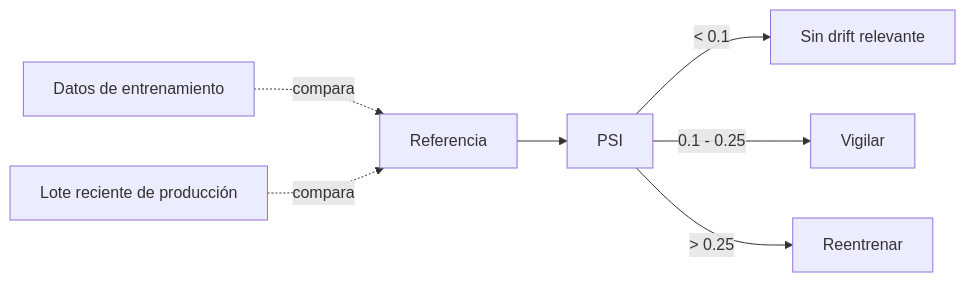
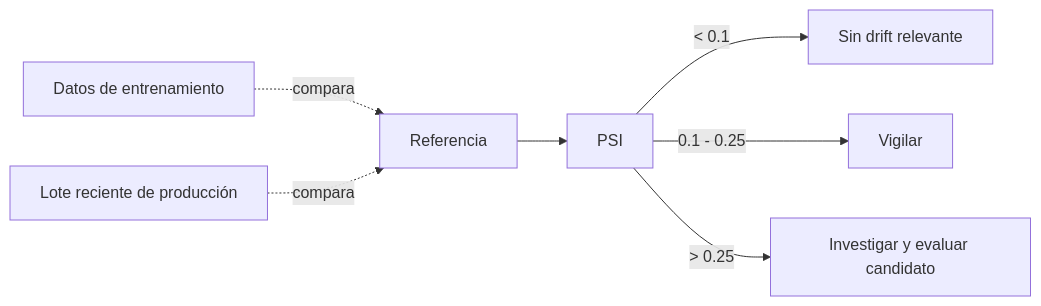
One commit to ChemaSarmiento/Big_Data_UP changed the diagram in slides_maestria/sesion-11.md. Above: the diagram before and after it, drawn with Mermaid. The commit also changed other lines of this file and 90 other files, not shown here.

````diff
--- a/slides_maestria/sesion-11.md
+++ b/slides_maestria/sesion-11.md
@@ -38,9 +38,9 @@
 ```mermaid {scale: 0.6}
 flowchart LR
     T[Datos de entrenamiento] -.compara.-> R[Referencia]
     P[Lote reciente de producción] -.compara.-> R
     R --> PSI["PSI"]
     PSI -->|"< 0.1"| OK[Sin drift relevante]
     PSI -->|"0.1 - 0.25"| W[Vigilar]
-    PSI -->|"> 0.25"| RT[Reentrenar]
+    PSI -->|"> 0.25"| RT[Investigar y evaluar candidato]
 ```
````
